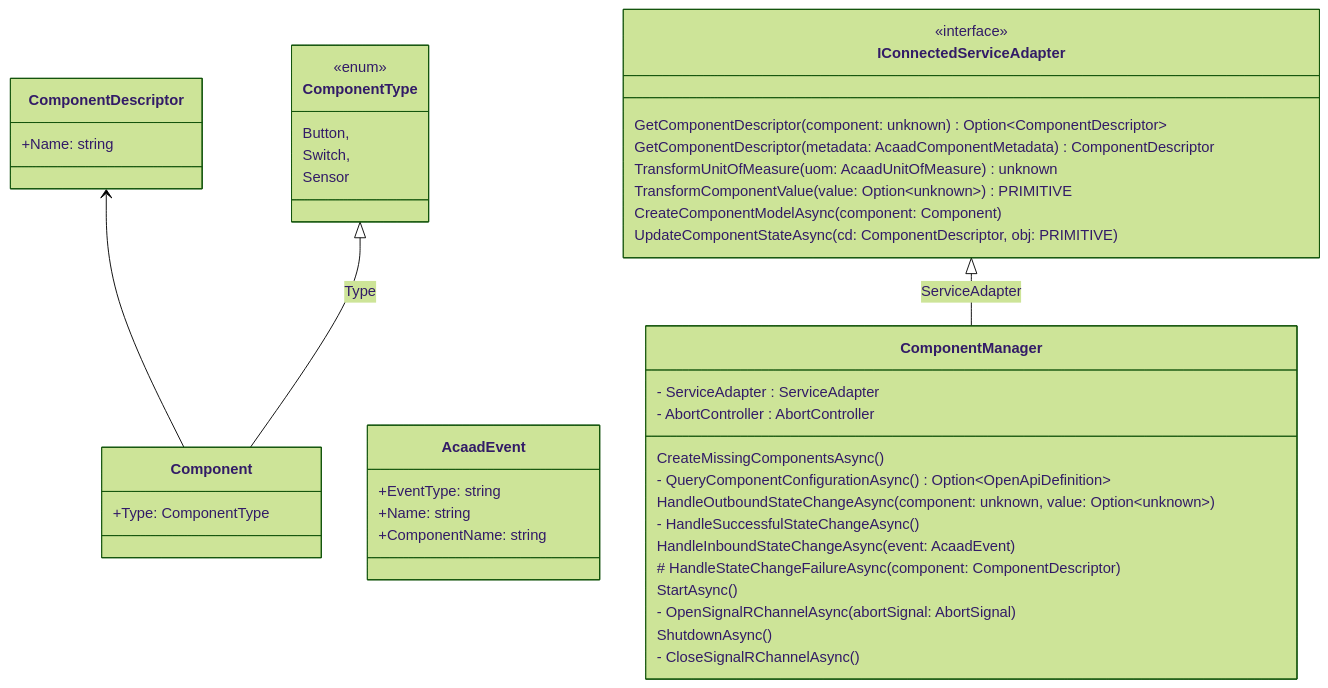
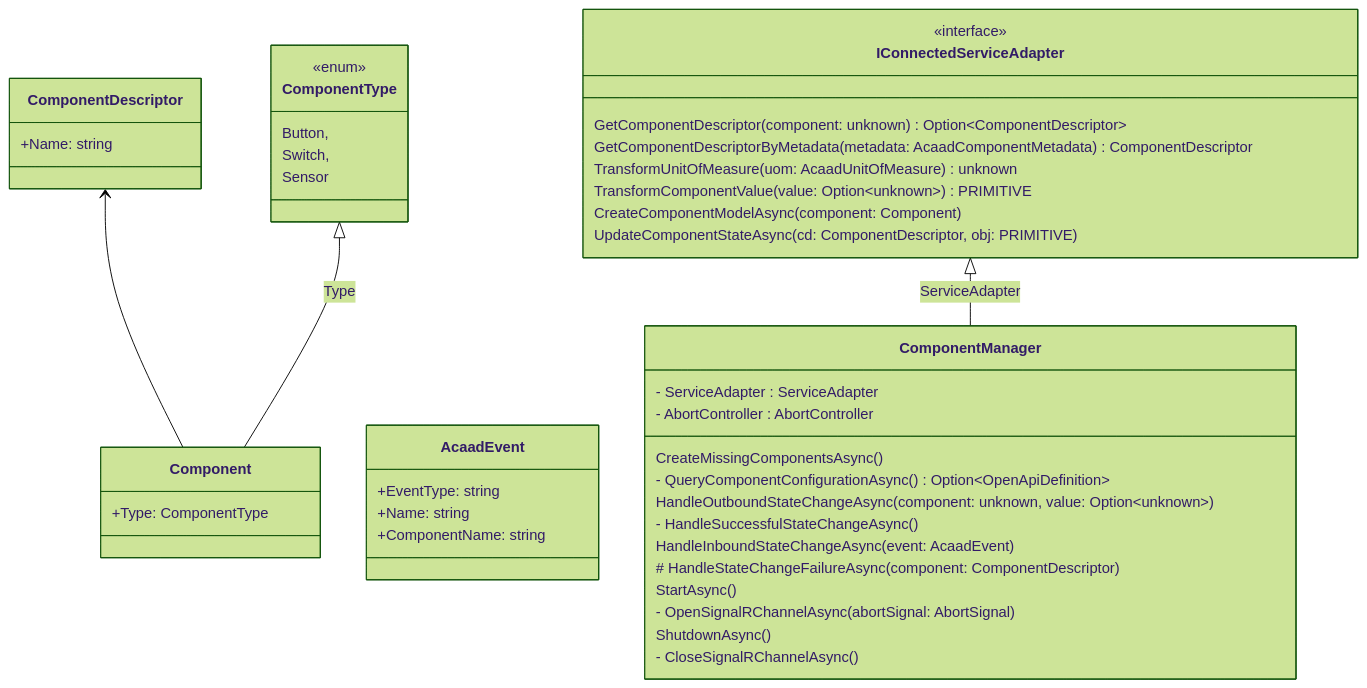
One commit to OlliMartin/wndw.ctl.typescript changed the second of 3 diagrams in Documentation/Development/README.md. Above: the diagram before and after it, drawn with Mermaid (forest theme). The commit also changed other lines of this file and 13 other files, not shown here.

````diff
--- a/Documentation/Development/README.md
+++ b/Documentation/Development/README.md
@@ -302,65 +302,65 @@
 ``` mermaid
 classDiagram
 direction BT
 
 class ComponentDescriptor {
   +Name: string
 }
 
 class ComponentType {
   <<enum>>
   Button,
   Switch, 
   Sensor
 }
 
 class Component {
   +Type: ComponentType
 }
 
 Component --> ComponentDescriptor
 Component --|> ComponentType : Type
 
 class AcaadEvent {
   +EventType: string
   +Name: string
   +ComponentName: string
 }
 
 class IConnectedServiceAdapter {
   <<interface>>
   
   GetComponentDescriptor(component: unknown) Option~ComponentDescriptor~
-  GetComponentDescriptor(metadata: AcaadComponentMetadata) ComponentDescriptor
+  GetComponentDescriptorByMetadata(metadata: AcaadComponentMetadata) ComponentDescriptor
   
   TransformUnitOfMeasure(uom: AcaadUnitOfMeasure) unknown
   TransformComponentValue(value: Option~unknown~) PRIMITIVE
   
   CreateComponentModelAsync(component: Component)
   
   UpdateComponentStateAsync(cd: ComponentDescriptor, obj: PRIMITIVE)
 }
 
 class ComponentManager {
   - ServiceAdapter : ServiceAdapter
   - AbortController : AbortController
 
   CreateMissingComponentsAsync()
   - QueryComponentConfigurationAsync() Option~OpenApiDefinition~
   
   HandleOutboundStateChangeAsync(component: unknown, value: Option~unknown~)
   - HandleSuccessfulStateChangeAsync()
     
   HandleInboundStateChangeAsync(event: AcaadEvent)
   
   # HandleStateChangeFailureAsync(component: ComponentDescriptor)
   
   StartAsync()
   - OpenSignalRChannelAsync(abortSignal: AbortSignal)
   
   ShutdownAsync()
   - CloseSignalRChannelAsync()
 }
 
 ComponentManager --|> IConnectedServiceAdapter : ServiceAdapter
 ```
````
